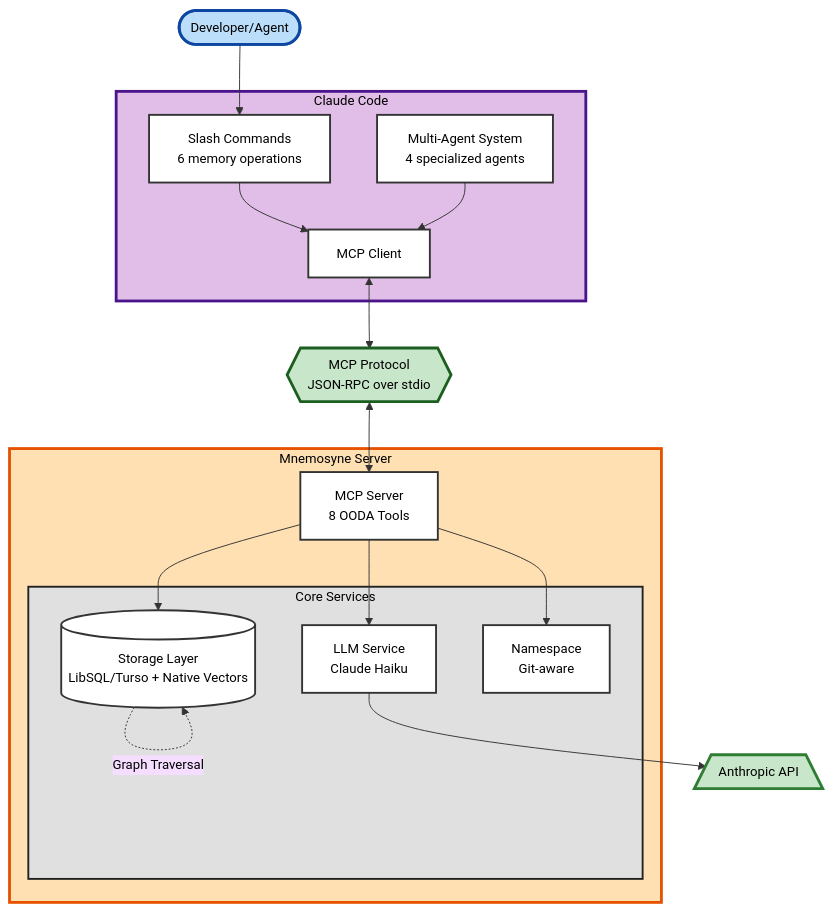
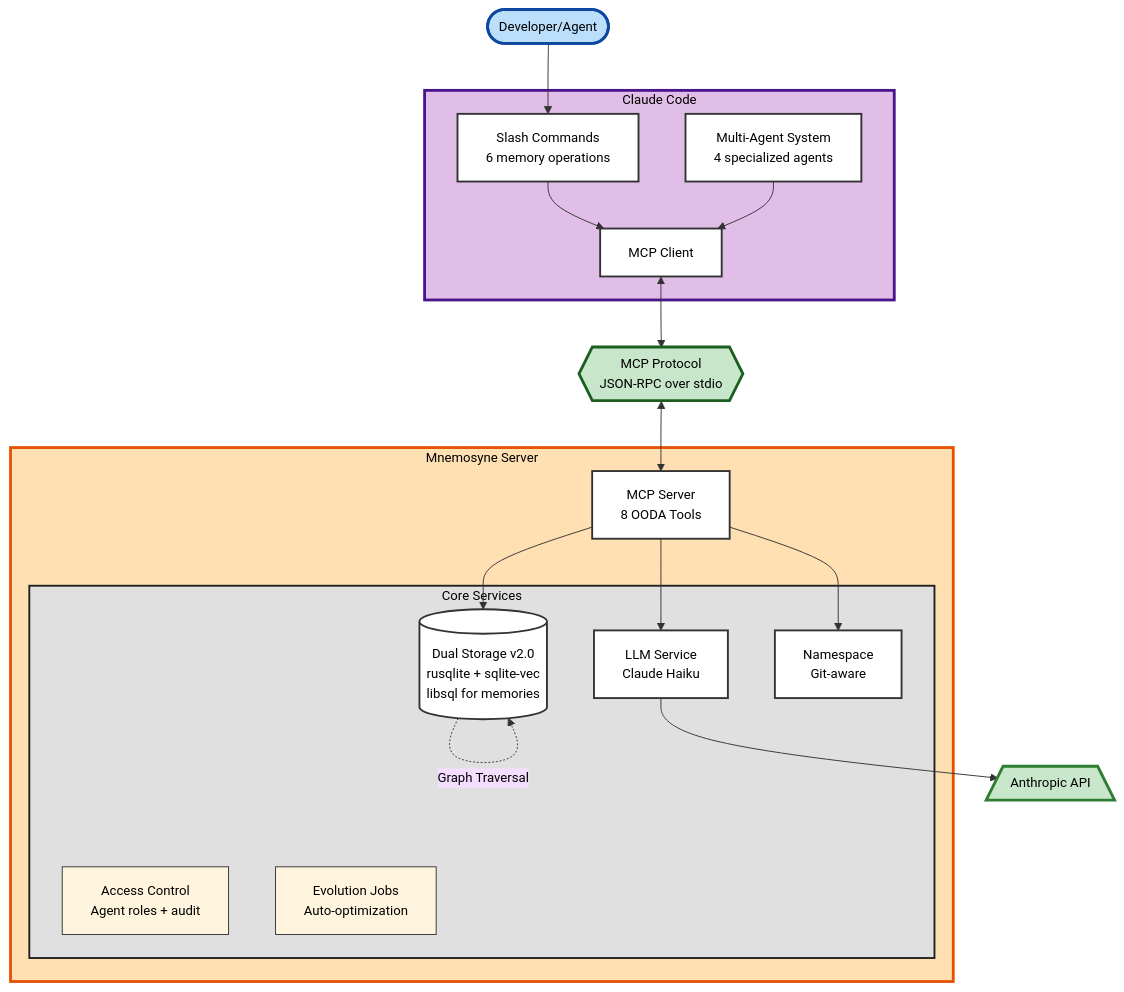
The diagram in README.md (rand/mnemosyne), drawn with Mermaid before and after one commit. The commit also changed other lines of this file, not shown here.

````diff
--- a/README.md
+++ b/README.md
@@ -167,54 +184,56 @@
 ```mermaid
 %%{init: {'theme':'base', 'themeVariables': {'primaryTextColor':'#000', 'primaryBorderColor':'#333', 'lineColor':'#333', 'fontSize':'14px'}}}%%
 flowchart TD
     User([Developer/Agent])
 
     subgraph Claude["Claude Code"]
         UI[Slash Commands<br/>6 memory operations]
         MCP[MCP Client]
         Agents[Multi-Agent System<br/>4 specialized agents]
     end
 
     Protocol{{MCP Protocol<br/>JSON-RPC over stdio}}
 
     subgraph Mnemosyne["Mnemosyne Server"]
         Server[MCP Server<br/>8 OODA Tools]
 
         subgraph Services["Core Services"]
-            Storage[(Storage Layer<br/>LibSQL/Turso + Native Vectors)]
+            Storage[(Dual Storage v2.0<br/>rusqlite + sqlite-vec<br/>libsql for memories)]
             LLM[LLM Service<br/>Claude Haiku]
             NS[Namespace<br/>Git-aware]
+            RBAC[Access Control<br/>Agent roles + audit]
+            Evolution[Evolution Jobs<br/>Auto-optimization]
         end
     end
 
     API[/Anthropic API\]
 
     User --> UI
     UI --> MCP
     Agents --> MCP
     MCP <--> Protocol
     Protocol <--> Server
 
     Server --> Storage
     Server --> LLM
     Server --> NS
 
     LLM --> API
     Storage -.->|FTS5 Search| Storage
     Storage -.->|Graph Traversal| Storage
 
     style User fill:#bbdefb,stroke:#0d47a1,stroke-width:3px,color:#000
     style Claude fill:#e1bee7,stroke:#4a148c,stroke-width:3px,color:#000
     style Mnemosyne fill:#ffe0b2,stroke:#e65100,stroke-width:3px,color:#000
     style Protocol fill:#c8e6c9,stroke:#1b5e20,stroke-width:3px,color:#000
     style Services fill:#e0e0e0,stroke:#212121,stroke-width:2px,color:#000
     style API fill:#c8e6c9,stroke:#2e7d32,stroke-width:3px,color:#000
 
     style UI fill:#fff,color:#000,stroke:#333,stroke-width:2px
     style MCP fill:#fff,color:#000,stroke:#333,stroke-width:2px
     style Agents fill:#fff,color:#000,stroke:#333,stroke-width:2px
     style Server fill:#fff,color:#000,stroke:#333,stroke-width:2px
     style Storage fill:#fff,color:#000,stroke:#333,stroke-width:2px
     style LLM fill:#fff,color:#000,stroke:#333,stroke-width:2px
     style NS fill:#fff,color:#000,stroke:#333,stroke-width:2px
 ```
````
